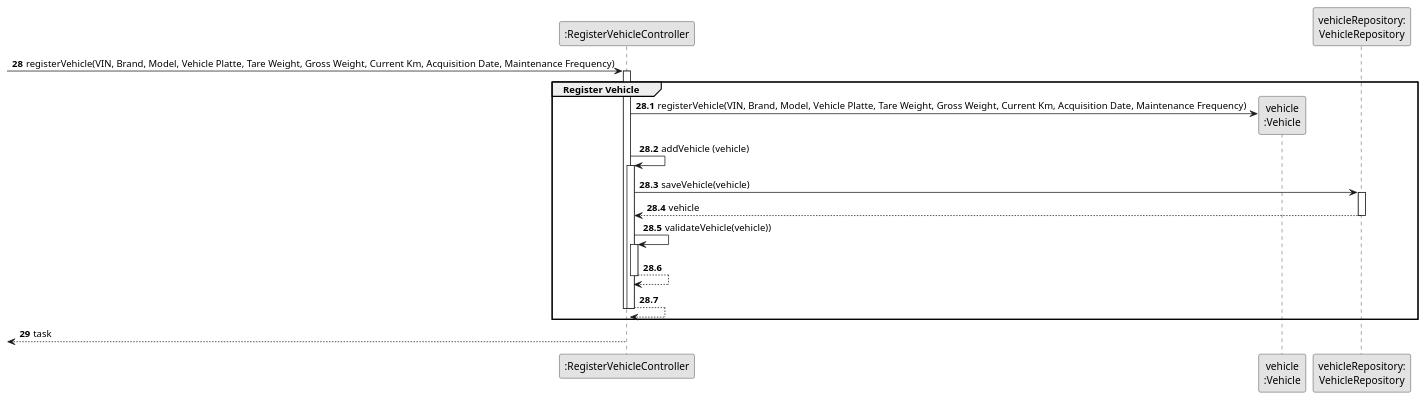
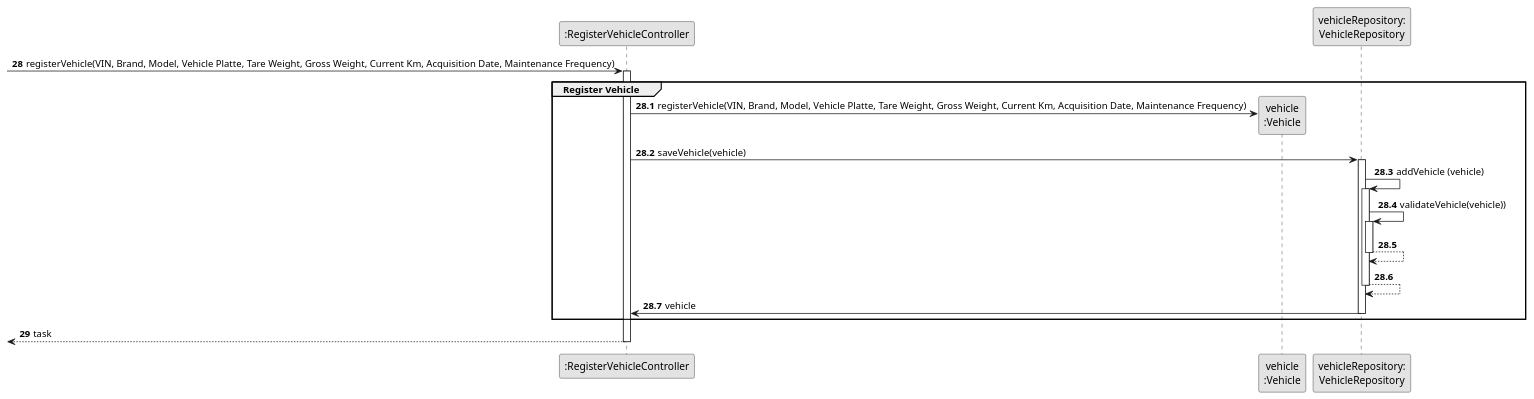
One commit to ricardomm7/leaflink changed the diagram in docs/sprintB/us006/03.design/puml/us006-sequence-diagram-partial-register-vehicle.puml. Above: the diagram before and after it, drawn with PlantUML. The commit also changed 6 other files, not shown here.

```diff
--- a/docs/sprintB/us006/03.design/puml/us006-sequence-diagram-partial-register-vehicle.puml
+++ b/docs/sprintB/us006/03.design/puml/us006-sequence-diagram-partial-register-vehicle.puml
@@ -1,44 +1,44 @@
 @startuml
 skinparam monochrome true
 skinparam packageStyle rectangle
 skinparam shadowing false
 
 participant ":RegisterVehicleController" as CTRL
 participant "vehicle\n:Vehicle" as VEI
 participant "vehicleRepository:\nVehicleRepository" as VehicleRepository
 
 autonumber 28
 -> CTRL : registerVehicle(VIN, Brand, Model, Vehicle Platte, Tare Weight, Gross Weight, Current Km, Acquisition Date, Maintenance Frequency)
 
 autonumber 28.1
 activate CTRL
     group Register Vehicle
 
         CTRL -> VEI**: registerVehicle(VIN, Brand, Model, Vehicle Platte, Tare Weight, Gross Weight, Current Km, Acquisition Date, Maintenance Frequency)
 
-                    CTRL -> CTRL: addVehicle (vehicle)
-                    activate CTRL
+            CTRL -> VehicleRepository : saveVehicle(vehicle)
+            activate VehicleRepository
 
-                        CTRL -> VehicleRepository : saveVehicle(vehicle)
+                VehicleRepository -> VehicleRepository: addVehicle (vehicle)
+                activate VehicleRepository
 
-                        activate VehicleRepository
+                VehicleRepository -> VehicleRepository: validateVehicle(vehicle))
+                activate VehicleRepository
 
-                            VehicleRepository --> CTRL : vehicle
-                        deactivate VehicleRepository
+                VehicleRepository --> VehicleRepository
+                deactivate VehicleRepository
 
-                        CTRL -> CTRL: validateVehicle(vehicle))
-                        activate CTRL
-                            CTRL --> CTRL
-                        deactivate CTRL
-                        CTRL --> CTRL
-                    deactivate CTRL
+                VehicleRepository --> VehicleRepository
+                deactivate VehicleRepository
 
-                deactivate CTRL
+            VehicleRepository -> CTRL: vehicle
+            deactivate VehicleRepository
+
     end
 
     autonumber 29
     <-- CTRL : task
 deactivate CTRL
 
 
 @enduml
```
